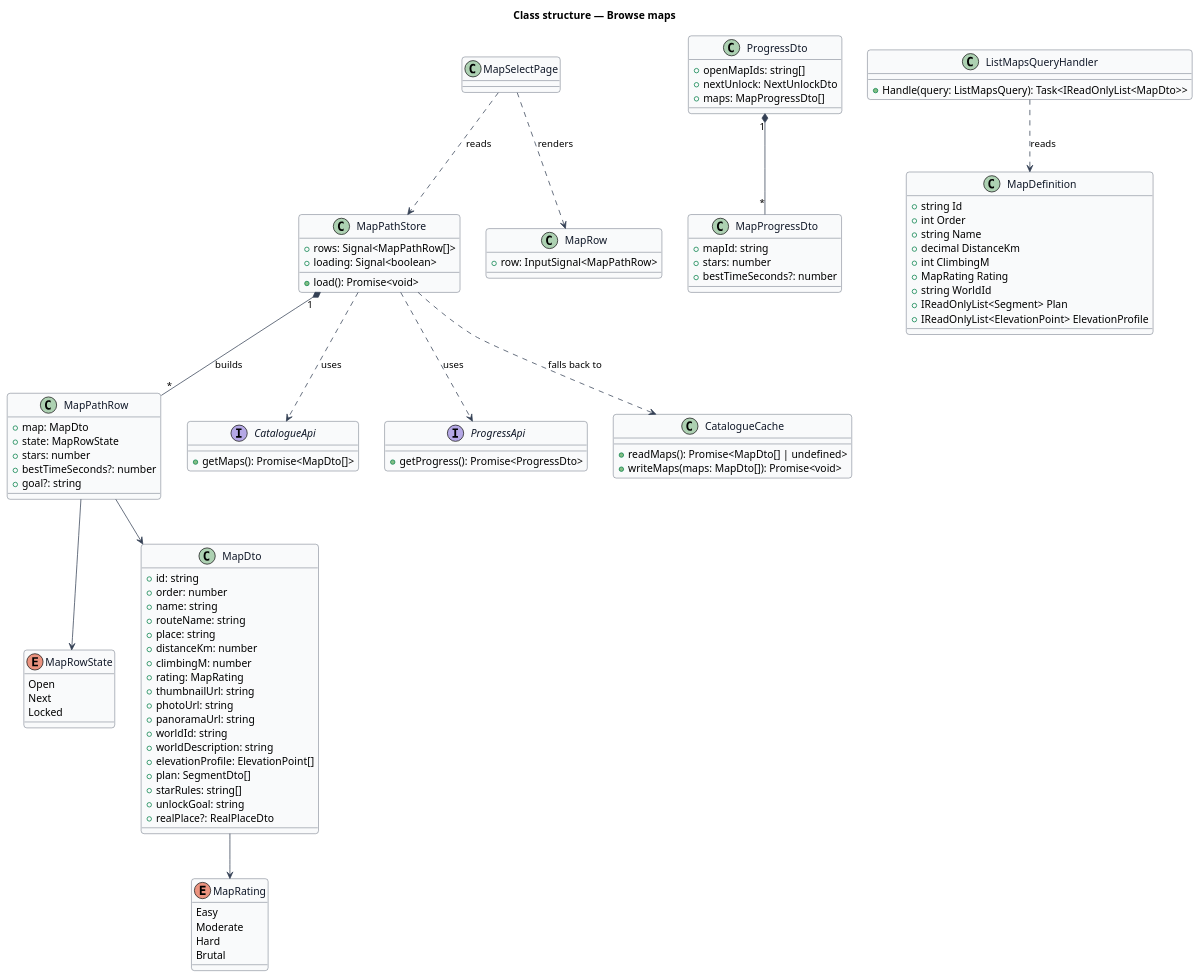
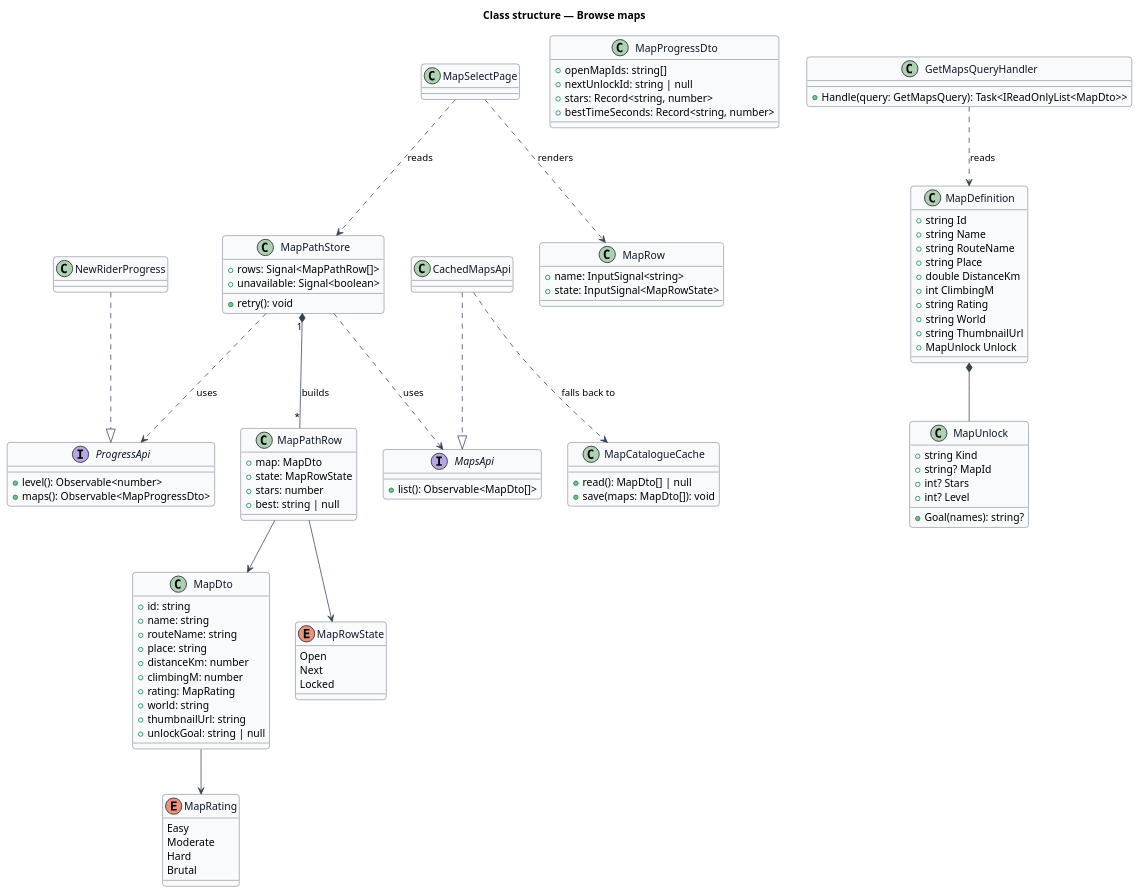
The diagram in docs/detailed-designs/race/browse-maps/diagrams/class-structure.puml (QuinntyneBrown/ride-one), drawn with PlantUML before and after one commit. The commit also changed 17 other files, not shown here.

```diff
--- a/docs/detailed-designs/race/browse-maps/diagrams/class-structure.puml
+++ b/docs/detailed-designs/race/browse-maps/diagrams/class-structure.puml
@@ -1,107 +1,108 @@
 @startuml
 ' --- shared skin header ---
 skinparam backgroundColor #FFFFFF
 skinparam shadowing false
 skinparam roundcorner 8
 skinparam defaultFontName Arial
 skinparam ArrowColor #344054
 skinparam class {
   BorderColor #344054
   FontColor #101828
   BackgroundColor #F9FAFB
 }
 ' --------------------------
 title Class structure — Browse maps
 enum MapRating {
   Easy
   Moderate
   Hard
   Brutal
 }
 enum MapRowState {
   Open
   Next
   Locked
 }
 class MapDto {
   +id: string
-  +order: number
   +name: string
   +routeName: string
   +place: string
   +distanceKm: number
   +climbingM: number
   +rating: MapRating
+  +world: string
   +thumbnailUrl: string
-  +photoUrl: string
-  +panoramaUrl: string
-  +worldId: string
-  +worldDescription: string
-  +elevationProfile: ElevationPoint[]
-  +plan: SegmentDto[]
-  +starRules: string[]
-  +unlockGoal: string
-  +realPlace?: RealPlaceDto
-}
-class ProgressDto {
-  +openMapIds: string[]
-  +nextUnlock: NextUnlockDto
-  +maps: MapProgressDto[]
+  +unlockGoal: string | null
 }
 class MapProgressDto {
-  +mapId: string
-  +stars: number
-  +bestTimeSeconds?: number
+  +openMapIds: string[]
+  +nextUnlockId: string | null
+  +stars: Record<string, number>
+  +bestTimeSeconds: Record<string, number>
 }
 class MapPathRow {
   +map: MapDto
   +state: MapRowState
   +stars: number
-  +bestTimeSeconds?: number
-  +goal?: string
+  +best: string | null
 }
 class MapPathStore {
   +rows: Signal<MapPathRow[]>
-  +loading: Signal<boolean>
-  +load(): Promise<void>
+  +unavailable: Signal<boolean>
+  +retry(): void
 }
-interface CatalogueApi {
-  +getMaps(): Promise<MapDto[]>
+interface MapsApi {
+  +list(): Observable<MapDto[]>
 }
 interface ProgressApi {
-  +getProgress(): Promise<ProgressDto>
+  +level(): Observable<number>
+  +maps(): Observable<MapProgressDto>
 }
-class CatalogueCache {
-  +readMaps(): Promise<MapDto[] | undefined>
-  +writeMaps(maps: MapDto[]): Promise<void>
+class CachedMapsApi
+class MapCatalogueCache {
+  +read(): MapDto[] | null
+  +save(maps: MapDto[]): void
 }
+class NewRiderProgress
 class MapSelectPage
 class MapRow {
-  +row: InputSignal<MapPathRow>
+  +name: InputSignal<string>
+  +state: InputSignal<MapRowState>
 }
 class MapDefinition {
   +string Id
-  +int Order
   +string Name
-  +decimal DistanceKm
+  +string RouteName
+  +string Place
+  +double DistanceKm
   +int ClimbingM
-  +MapRating Rating
-  +string WorldId
-  +IReadOnlyList<Segment> Plan
-  +IReadOnlyList<ElevationPoint> ElevationProfile
+  +string Rating
+  +string World
+  +string ThumbnailUrl
+  +MapUnlock Unlock
 }
-class ListMapsQueryHandler {
-  +Handle(query: ListMapsQuery): Task<IReadOnlyList<MapDto>>
+class MapUnlock {
+  +string Kind
+  +string? MapId
+  +int? Stars
+  +int? Level
+  +Goal(names): string?
+}
+class GetMapsQueryHandler {
+  +Handle(query: GetMapsQuery): Task<IReadOnlyList<MapDto>>
 }
 MapSelectPage ..> MapPathStore : reads
 MapSelectPage ..> MapRow : renders
-MapPathStore ..> CatalogueApi : uses
+MapPathStore ..> MapsApi : uses
 MapPathStore ..> ProgressApi : uses
-MapPathStore ..> CatalogueCache : falls back to
+CachedMapsApi ..|> MapsApi
+CachedMapsApi ..> MapCatalogueCache : falls back to
+NewRiderProgress ..|> ProgressApi
 MapPathStore "1" *-- "*" MapPathRow : builds
 MapPathRow --> MapDto
 MapPathRow --> MapRowState
 MapDto --> MapRating
-ProgressDto "1" *-- "*" MapProgressDto
-ListMapsQueryHandler ..> MapDefinition : reads
+GetMapsQueryHandler ..> MapDefinition : reads
+MapDefinition *-- MapUnlock
 @enduml
```
